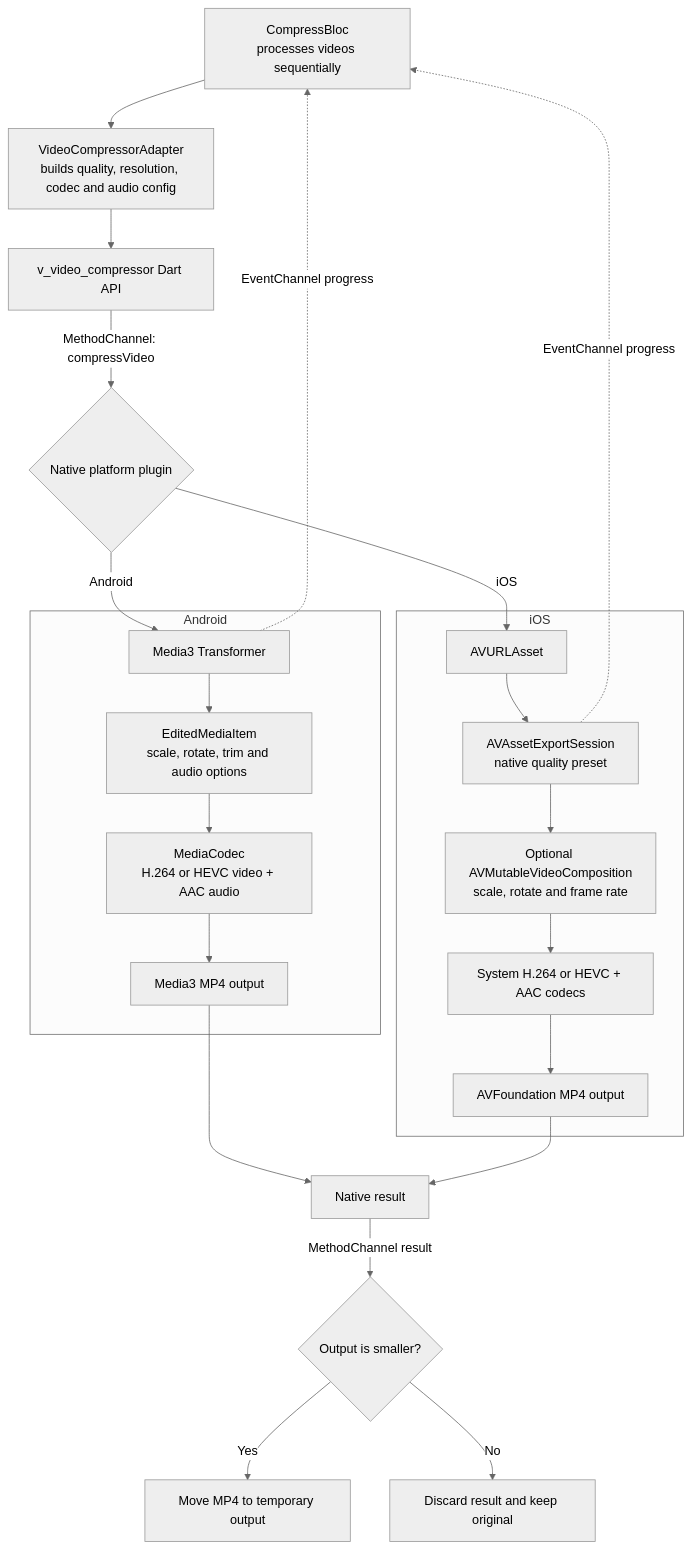
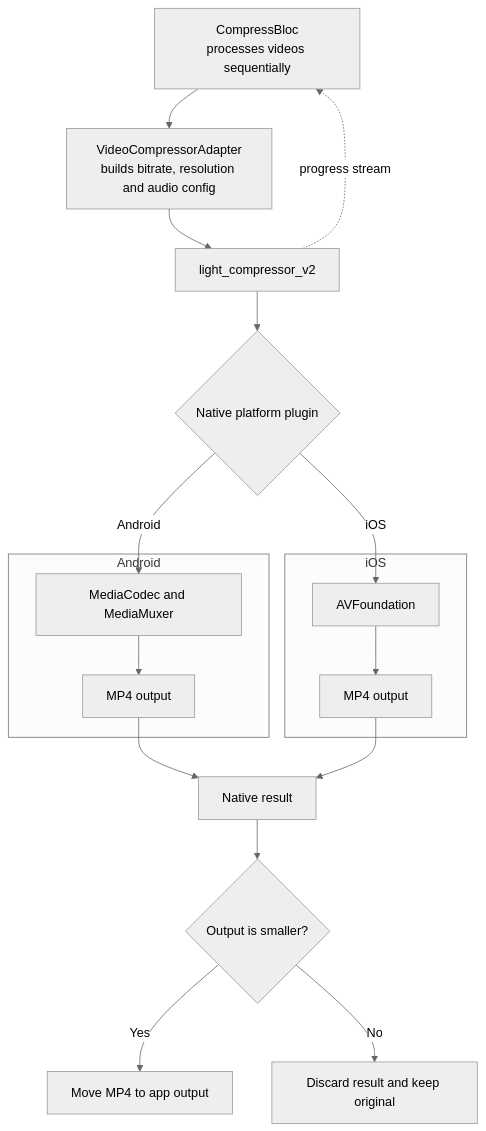
The diagram in README.md (minimo-pro/minimo_video), drawn with Mermaid (neutral theme) before and after one commit. The commit also changed other lines of this file and 33 other files, not shown here.

Commit message:
Replace video compressor and simplify settings

````diff
--- a/README.md
+++ b/README.md
@@ -25,31 +39,25 @@
 ```mermaid
 flowchart TD
-    A[CompressBloc<br/>processes videos sequentially] --> B[VideoCompressorAdapter<br/>builds quality, resolution, codec and audio config]
-    B --> C[v_video_compressor Dart API]
-    C -->|MethodChannel: compressVideo| D{Native platform plugin}
+    A[CompressBloc<br/>processes videos sequentially] --> B[VideoCompressorAdapter<br/>builds bitrate, resolution and audio config]
+    B --> C[light_compressor_v2]
+    C --> D{Native platform plugin}
 
     subgraph Android
-        E[Media3 Transformer]
-        E --> F[EditedMediaItem<br/>scale, rotate, trim and audio options]
-        F --> G[MediaCodec<br/>H.264 or HEVC video + AAC audio]
-        G --> H[Media3 MP4 output]
+        E[MediaCodec and MediaMuxer]
+        E --> F[MP4 output]
     end
 
     subgraph iOS
-        I[AVURLAsset]
-        I --> J[AVAssetExportSession<br/>native quality preset]
-        J --> K[Optional AVMutableVideoComposition<br/>scale, rotate and frame rate]
-        K --> L[System H.264 or HEVC + AAC codecs]
-        L --> M[AVFoundation MP4 output]
+        G[AVFoundation]
+        G --> H[MP4 output]
     end
 
     D -->|Android| E
-    D -->|iOS| I
-    E -.->|EventChannel progress| A
-    J -.->|EventChannel progress| A
-    H --> N[Native result]
-    M --> N
-    N -->|MethodChannel result| O{Output is smaller?}
-    O -->|Yes| P[Move MP4 to temporary output]
-    O -->|No| Q[Discard result and keep original]
+    D -->|iOS| G
+    C -.->|progress stream| A
+    F --> I[Native result]
+    H --> I
+    I --> J{Output is smaller?}
+    J -->|Yes| K[Move MP4 to app output]
+    J -->|No| L[Discard result and keep original]
 ```
````
